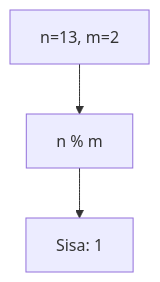
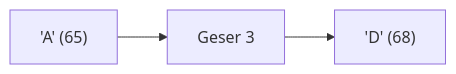
Before and after one commit to amnahwaida/OSNK_INF_PREP: diagram 12 of 25 in part-c-pemahaman-cpp/01-tipe-data/latihan/set-02.md, drawn with Mermaid. The commit also changed other lines of this file and 71 other files, not shown here.

````diff
--- a/part-c-pemahaman-cpp/01-tipe-data/latihan/set-02.md
+++ b/part-c-pemahaman-cpp/01-tipe-data/latihan/set-02.md
@@ -322,5 +335,5 @@
 ```mermaid
-graph TD
-A["n=13, m=2"] --> B["n % m"]
-B --> C["Sisa: 1"]
+graph LR
+A["'A' (65)"] --> B["Geser 3"]
+B --> C["'D' (68)"]
 ```
````
